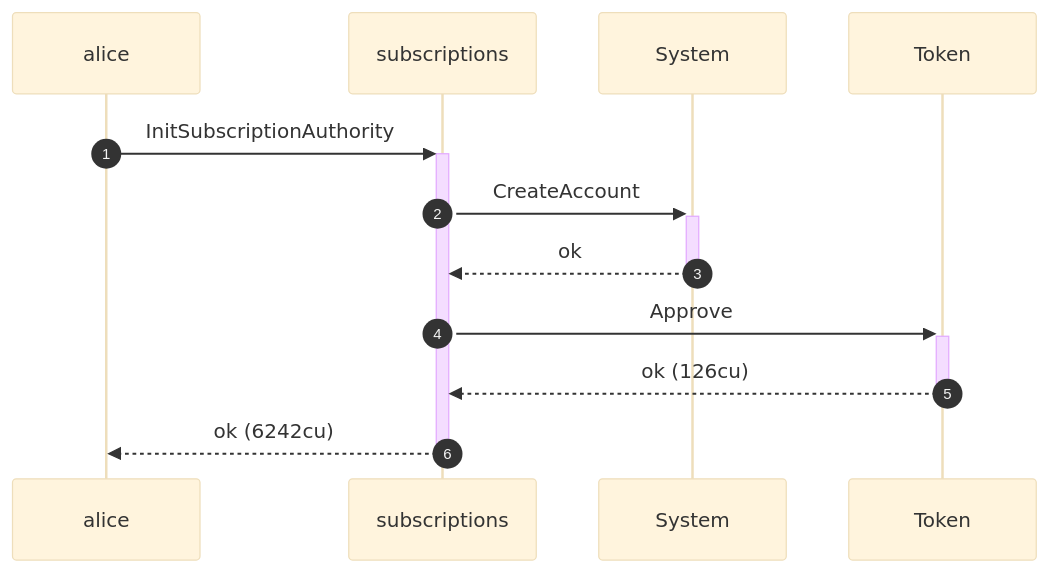
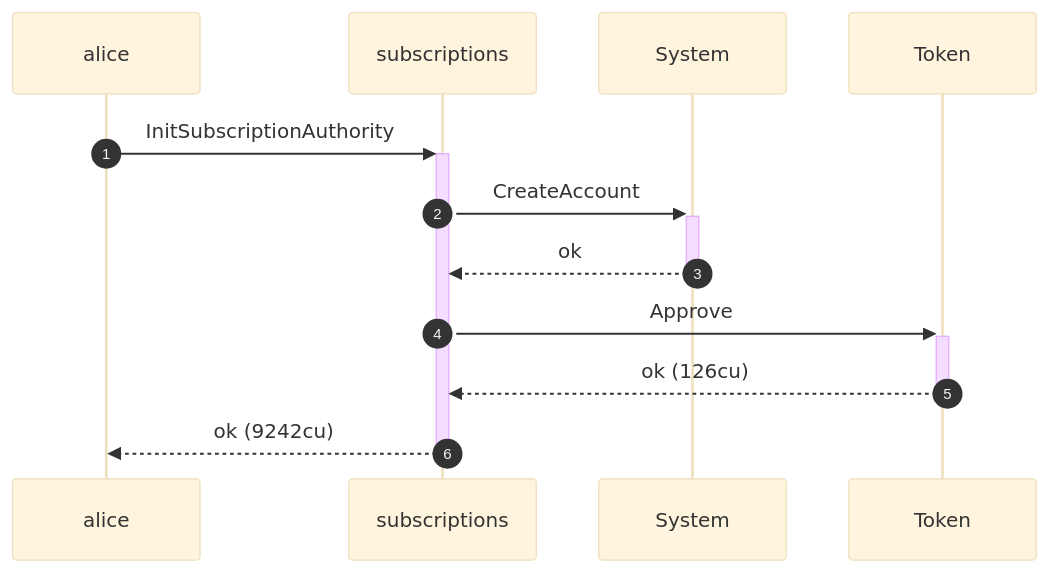
Before and after one commit to cds-rs/subscriptions: the second of 4 diagrams in dsl_tests/initialize-a-subscription-authority.md, drawn with Mermaid (base theme). The commit also changed other lines of this file and 224 other files, not shown here.

````diff
--- a/dsl_tests/initialize-a-subscription-authority.md
+++ b/dsl_tests/initialize-a-subscription-authority.md
@@ -38,14 +39,14 @@
 ```mermaid
 sequenceDiagram
     autonumber
     participant alice
     participant subscriptions
     participant System
     participant Token
     alice ->>+ subscriptions: InitSubscriptionAuthority
     subscriptions ->>+ System: CreateAccount
     System -->>- subscriptions: ok
     subscriptions ->>+ Token: Approve
     Token -->>- subscriptions: ok (126cu)
-    subscriptions -->>- alice: ok (6242cu)
+    subscriptions -->>- alice: ok (9242cu)
 ```
````
